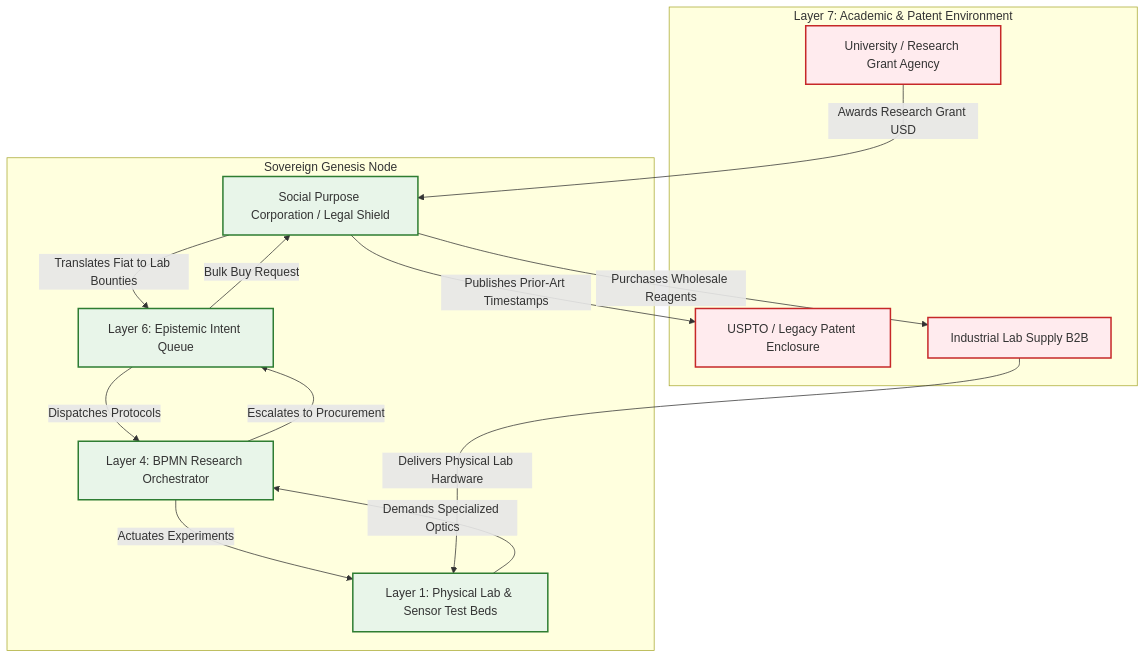
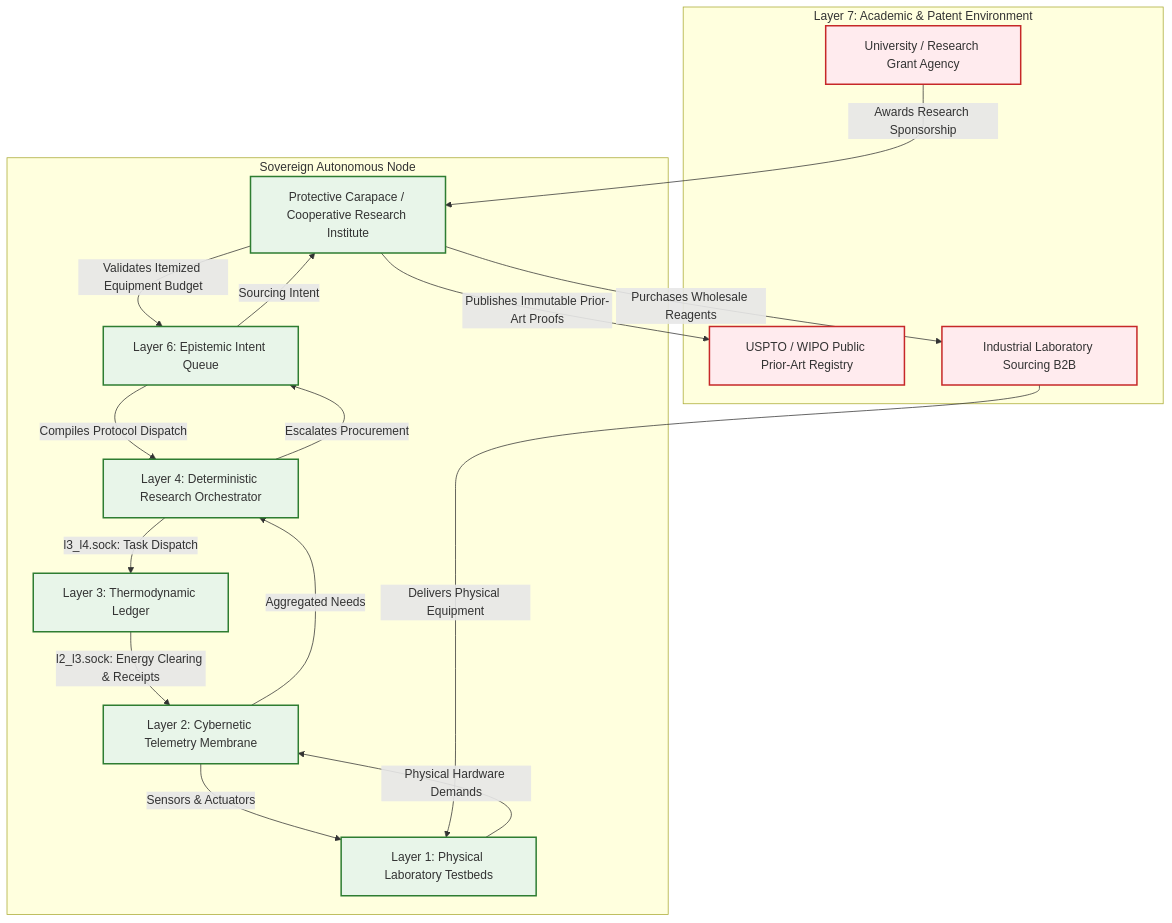
One commit to raffaine/collective changed the fourth of 4 diagrams in docs/scenarios/iota_epistemic.md. Above: the diagram before and after it, drawn with Mermaid. The commit also changed other lines of this file and 23 other files, not shown here.

````diff
--- a/docs/scenarios/iota_epistemic.md
+++ b/docs/scenarios/iota_epistemic.md
@@ -159,34 +204,39 @@
 ```mermaid
 graph TD
     subgraph Legacy Market [Layer 7: Academic & Patent Environment]
         Univ[University / Research Grant Agency]
-        PatentOffice[USPTO / Legacy Patent Enclosure]
-        LabSupplier[Industrial Lab Supply B2B]
+        PatentOffice[USPTO / WIPO Public Prior-Art Registry]
+        LabSupplier[Industrial Laboratory Sourcing B2B]
     end
 
-    subgraph The Collective [Sovereign Genesis Node]
-        SPC[Social Purpose Corporation / Legal Shield]
+    subgraph The Collective [Sovereign Autonomous Node]
+        Carapace[Protective Carapace / Cooperative Research Institute]
         L6[Layer 6: Epistemic Intent Queue]
-        L4[Layer 4: BPMN Research Orchestrator]
-        L1[Layer 1: Physical Lab & Sensor Test Beds]
+        L4[Layer 4: Deterministic Research Orchestrator]
+        L3[Layer 3: Thermodynamic Ledger]
+        L2[Layer 2: Cybernetic Telemetry Membrane]
+        L1[Layer 1: Physical Laboratory Testbeds]
     end
 
-    %% Inbound Flow
-    Univ -->|Awards Research Grant USD| SPC
-    SPC -->|Translates Fiat to Lab Bounties| L6
-    L6 -->|Dispatches Protocols| L4
-    L4 -->|Actuates Experiments| L1
+    %% Inbound Lawful Flow
+    Univ -->|Awards Research Sponsorship| Carapace
+    Carapace -->|Validates Itemized Equipment Budget| L6
+    L6 -->|Compiles Protocol Dispatch| L4
+    L4 -->|l3_l4.sock: Task Dispatch| L3
+    L3 -->|l2_l3.sock: Energy Clearing & Receipts| L2
+    L2 -->|Sensors & Actuators| L1
 
-    %% Outbound & Defensive Flow
-    L1 -->|Demands Specialized Optics| L4
-    L4 -->|Escalates to Procurement| L6
-    L6 -->|Bulk Buy Request| SPC
-    SPC -->|Purchases Wholesale Reagents| LabSupplier
-    LabSupplier -->|Delivers Physical Lab Hardware| L1
-    SPC -->|Publishes Prior-Art Timestamps| PatentOffice
+    %% Outbound Protective Flow
+    L1 -->|Physical Hardware Demands| L2
+    L2 -->|Aggregated Needs| L4
+    L4 -->|Escalates Procurement| L6
+    L6 -->|Sourcing Intent| Carapace
+    Carapace -->|Purchases Wholesale Reagents| LabSupplier
+    LabSupplier -->|Delivers Physical Equipment| L1
+    Carapace -->|Publishes Immutable Prior-Art Proofs| PatentOffice
 
     classDef legacy fill:#ffebee,stroke:#c62828,stroke-width:2px;
     classDef sovereign fill:#e8f5e9,stroke:#2e7d32,stroke-width:2px;
     class Univ,PatentOffice,LabSupplier legacy;
-    class SPC,L6,L4,L1 sovereign;
+    class Carapace,L6,L4,L3,L2,L1 sovereign;
 ```
````
